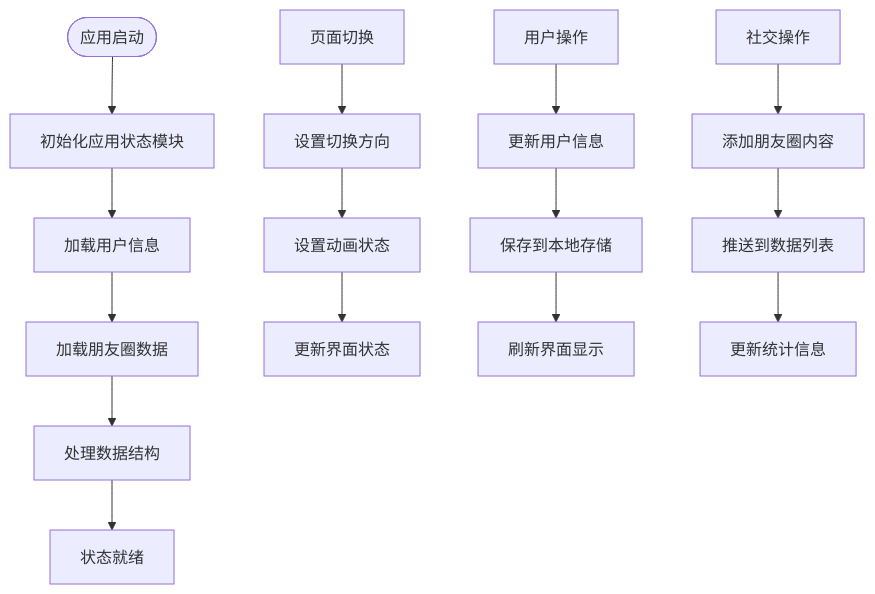
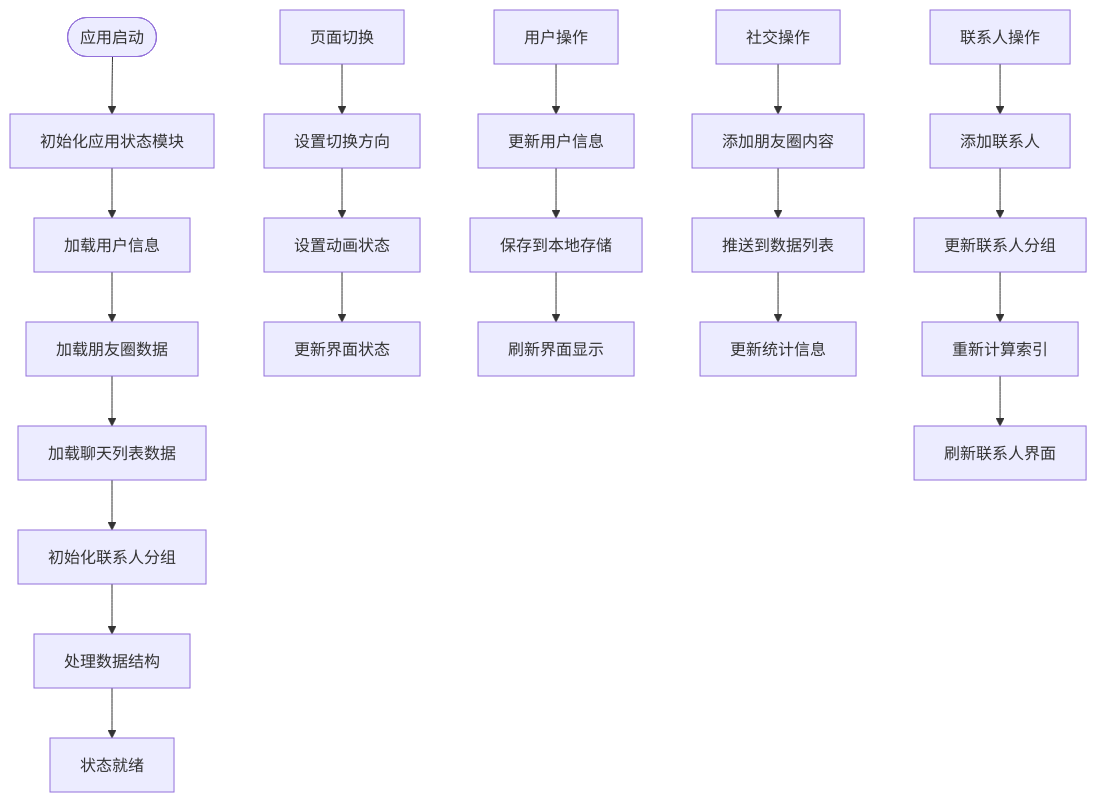
Before and after one commit to giserman001/vue3-vant4-mobile: the fifth of 11 diagrams in .qoder/repowiki/zh/content/核心系统/状态管理系统/状态管理系统.md, drawn with Mermaid. The commit also changed other lines of this file and 3 other files, not shown here.

````diff
--- a/.qoder/repowiki/zh/content/核心系统/状态管理系统/状态管理系统.md
+++ b/.qoder/repowiki/zh/content/核心系统/状态管理系统/状态管理系统.md
@@ -295,17 +316,23 @@
 ```mermaid
 flowchart TD
 Start(["应用启动"]) --> InitAppStore["初始化应用状态模块"]
 InitAppStore --> LoadUserInfo["加载用户信息"]
 LoadUserInfo --> LoadCircleData["加载朋友圈数据"]
-LoadCircleData --> ProcessData["处理数据结构"]
+LoadCircleData --> LoadChatList["加载聊天列表数据"]
+LoadChatList --> InitContactGroups["初始化联系人分组"]
+InitContactGroups --> ProcessData["处理数据结构"]
 ProcessData --> Ready["状态就绪"]
 App["页面切换"] --> SetDirection["设置切换方向"]
 SetDirection --> SetAnimate["设置动画状态"]
 SetAnimate --> UpdateUI["更新界面状态"]
 UserAction["用户操作"] --> UpdateUserInfo["更新用户信息"]
 UpdateUserInfo --> SaveLocal["保存到本地存储"]
 SaveLocal --> RefreshUI["刷新界面显示"]
 SocialAction["社交操作"] --> AddPost["添加朋友圈内容"]
 AddPost --> PushData["推送到数据列表"]
 PushData --> UpdateCount["更新统计信息"]
+ContactAction["联系人操作"] --> AddContact["添加联系人"]
+AddContact --> UpdateContactGroups["更新联系人分组"]
+UpdateContactGroups --> RecalculateIndexes["重新计算索引"]
+RecalculateIndexes --> RefreshContactUI["刷新联系人界面"]
 ```
````
